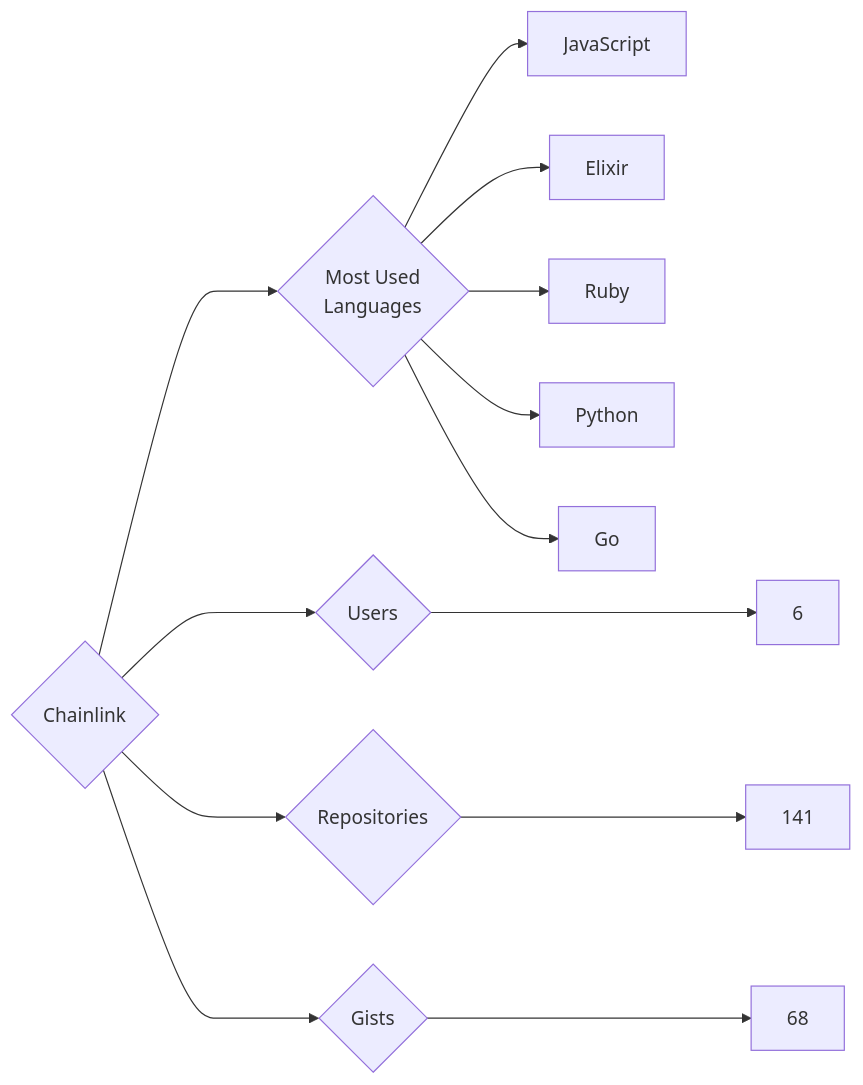
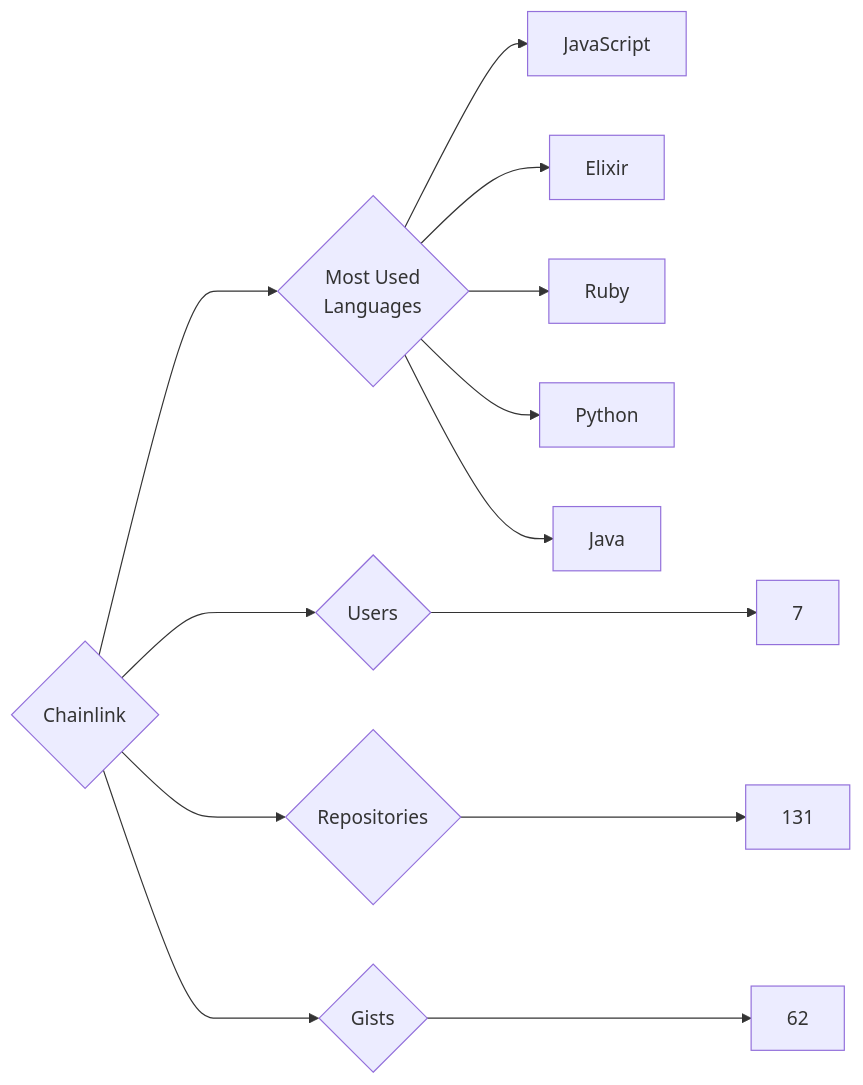
The diagram in targets/Chainlink/README.md (trickest/insiders), drawn with Mermaid before and after one commit. The commit also changed 776 other files, not shown here.

````diff
--- a/targets/Chainlink/README.md
+++ b/targets/Chainlink/README.md
@@ -3,13 +3,13 @@
 ```mermaid
 graph LR
 COMPANY_NAME{Chainlink}
-COMPANY_NAME ---> U{Users} ---> UN[6]
-COMPANY_NAME ---> R{Repositories} ---> RN[141]
-COMPANY_NAME ---> G{Gists} ---> GN[68]
+COMPANY_NAME ---> U{Users} ---> UN[7]
+COMPANY_NAME ---> R{Repositories} ---> RN[131]
+COMPANY_NAME ---> G{Gists} ---> GN[62]
 COMPANY_NAME ---> ML{Most Used<br>Languages}
 ML --> JavaScript[JavaScript]
 ML --> Elixir[Elixir]
 ML --> Ruby[Ruby]
 ML --> Python[Python]
-ML --> Go[Go]
+ML --> Java[Java]
 ```
````
